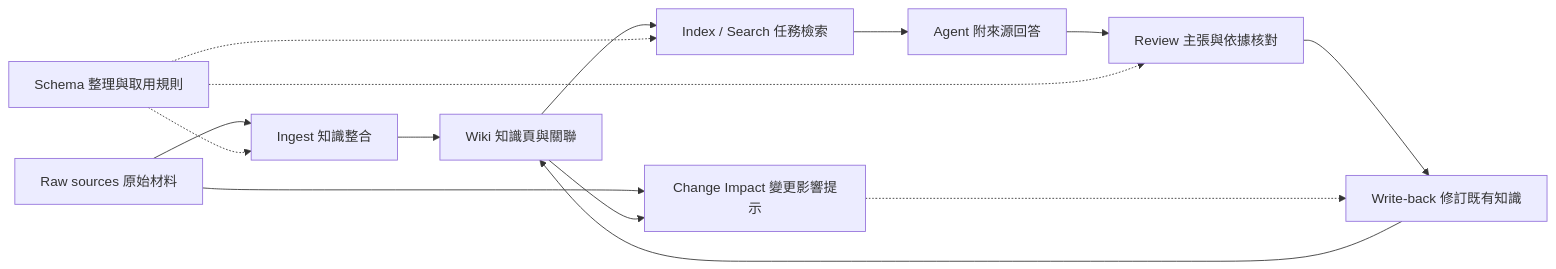
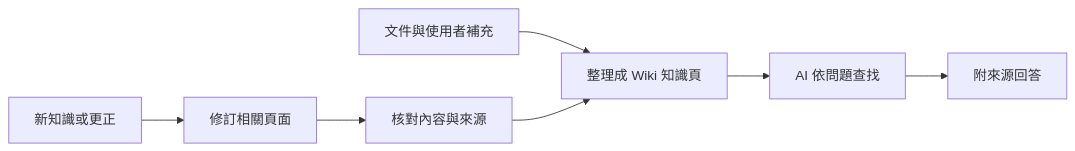
Before and after one commit to minxinchen/wiki-change-impact: the first of 2 diagrams in README.md, drawn with Mermaid. The commit also changed other lines of this file, not shown here.

Commit message:
Make wiki purpose and concrete use case clear on project homepage

````diff
--- a/README.md
+++ b/README.md
@@ -24,16 +28,9 @@
 ```mermaid
 flowchart LR
-    A[Raw sources 原始材料] --> B[Ingest 知識整合]
-    B --> C[Wiki 知識頁與關聯]
-    C --> D[Index / Search 任務檢索]
-    D --> E[Agent 附來源回答]
-    E --> F[Review 主張與依據核對]
-    F --> G[Write-back 修訂既有知識]
-    G --> C
-    H[Schema 整理與取用規則] -.-> B
-    H -.-> D
-    H -.-> F
-    A --> I[Change Impact 變更影響提示]
-    C --> I
-    I -.-> G
+    A[文件與使用者補充] --> B[整理成 Wiki 知識頁]
+    B --> C[AI 依問題查找]
+    C --> D[附來源回答]
+    E[新知識或更正] --> F[修訂相關頁面]
+    F --> G[核對內容與來源]
+    G --> B
 ```
````
